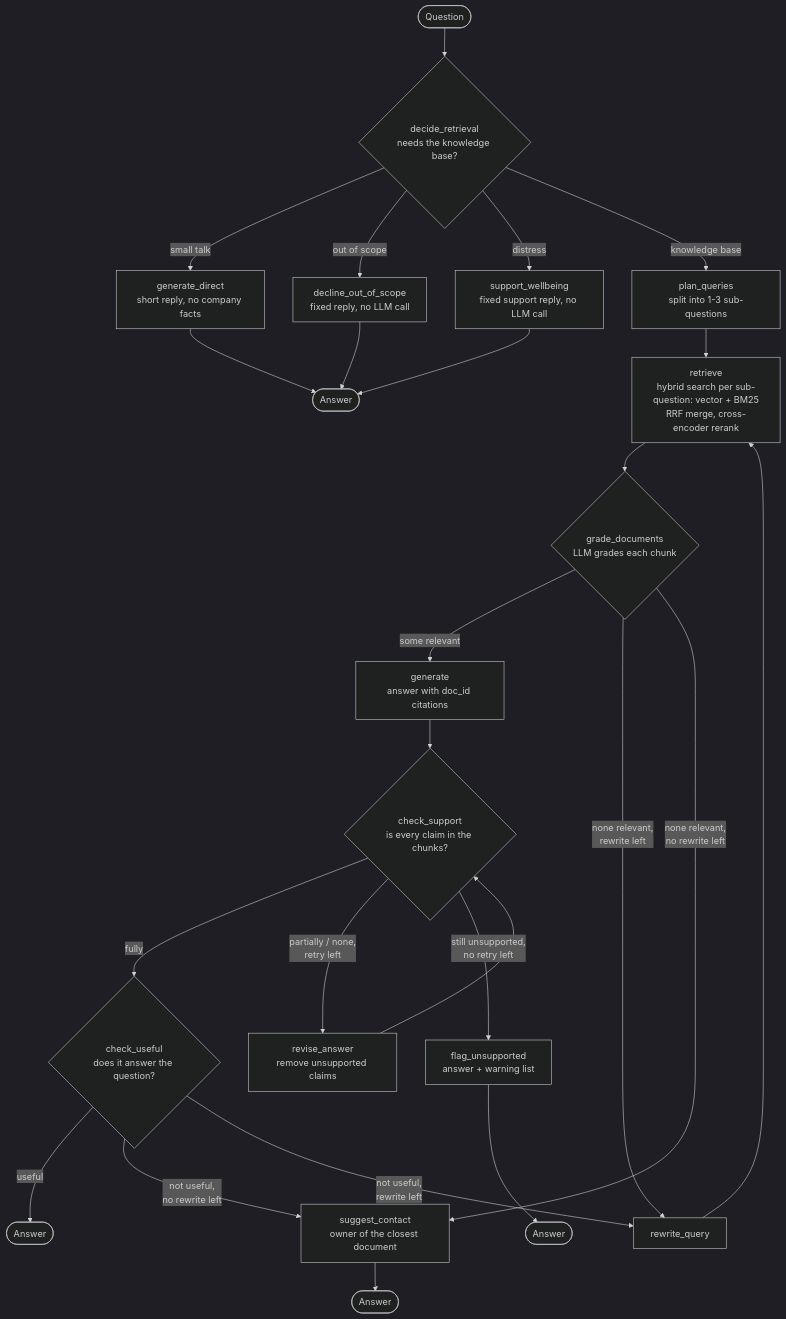
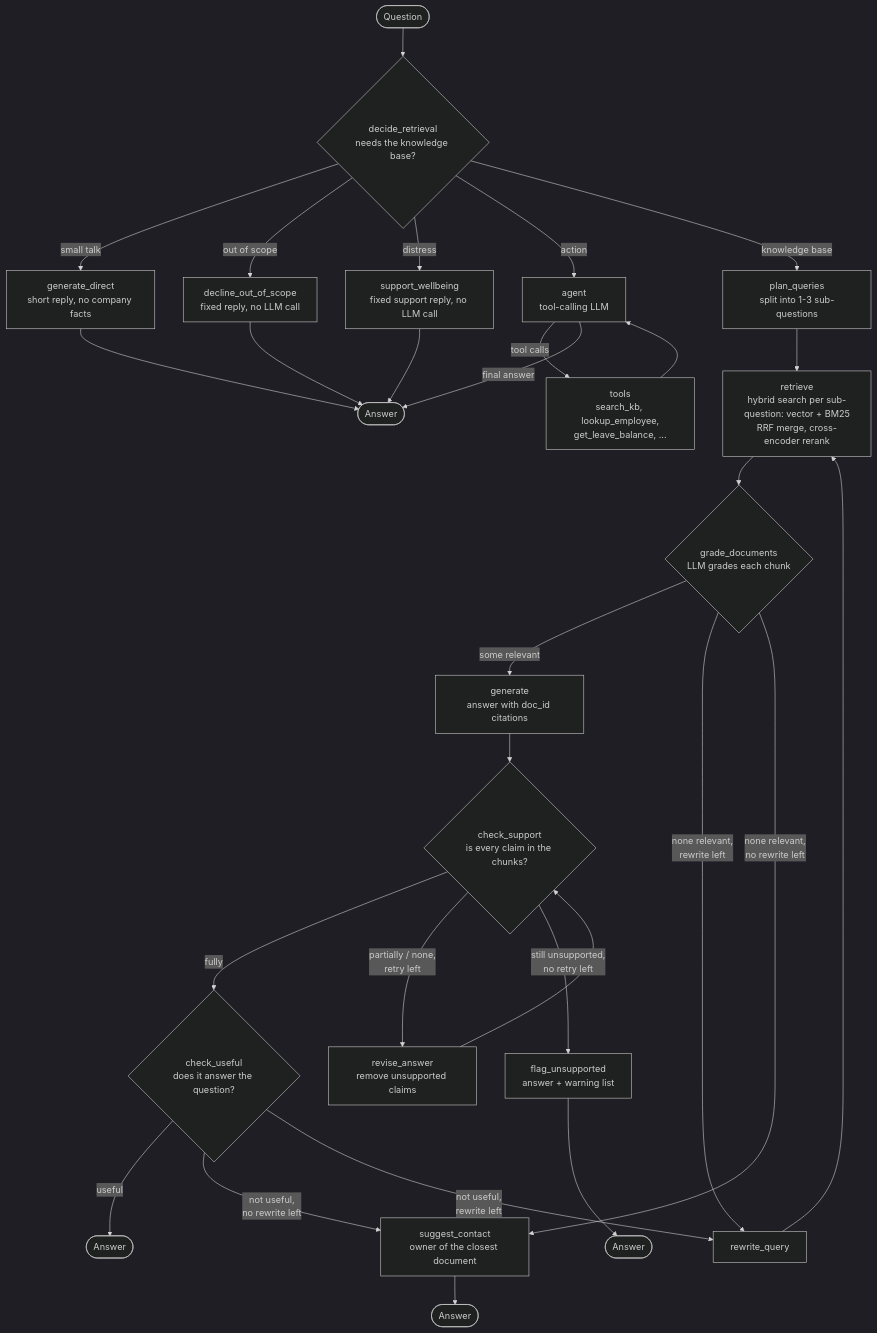
The diagram in README.md (kaushik-hadiya/OrbitBot), drawn with Mermaid (dark theme) before and after one commit. The commit also changed other lines of this file and 4 other files, not shown here.

Commit message:
fix: exclude superseded and team-restricted docs, content-hash index ids, restore support_wellbeing; add action route with tool-calling agent

````diff
--- a/README.md
+++ b/README.md
@@ -48,22 +48,24 @@
 ```mermaid
 flowchart TD
     Q([Question]) --> D{decide_retrieval<br/>needs the knowledge base?}
     D -->|small talk| GD[generate_direct<br/>short reply, no company facts] --> E1([Answer])
     D -->|out of scope| OOS[decline_out_of_scope<br/>fixed reply, no LLM call] --> E1
     D -->|distress| WB[support_wellbeing<br/>fixed support reply, no LLM call] --> E1
+    D -->|action| AG[agent<br/>tool-calling LLM] -->|tool calls| T[tools<br/>search_kb, lookup_employee,<br/>get_leave_balance, ...] --> AG
+    AG -->|final answer| E1
     D -->|knowledge base| P[plan_queries<br/>split into 1-3 sub-questions]
     P --> R[retrieve<br/>hybrid search per sub-question: vector + BM25<br/>RRF merge, cross-encoder rerank]
     R --> G{grade_documents<br/>LLM grades each chunk}
     G -->|some relevant| GEN[generate<br/>answer with doc_id citations]
     G -->|none relevant,<br/>rewrite left| RW[rewrite_query]
     G -->|none relevant,<br/>no rewrite left| SC[suggest_contact<br/>owner of the closest document] --> E2([Answer])
     GEN --> S{check_support<br/>is every claim in the chunks?}
     S -->|fully| U{check_useful<br/>does it answer the question?}
     S -->|partially / none,<br/>retry left| RV[revise_answer<br/>remove unsupported claims]
     RV --> S
     S -->|still unsupported,<br/>no retry left| F[flag_unsupported<br/>answer + warning list] --> E3([Answer])
     U -->|useful| E4([Answer])
     U -->|not useful,<br/>no rewrite left| SC
     U -->|not useful,<br/>rewrite left| RW
     RW --> R
 ```
````
